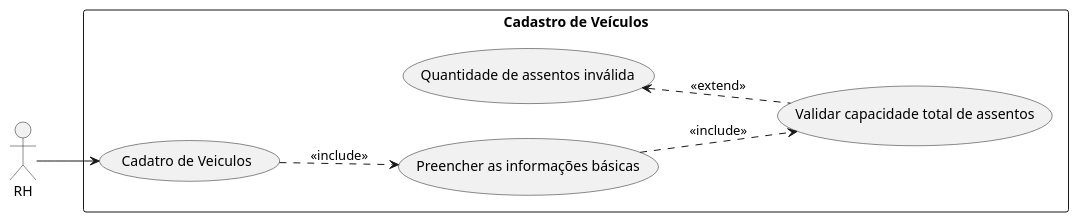
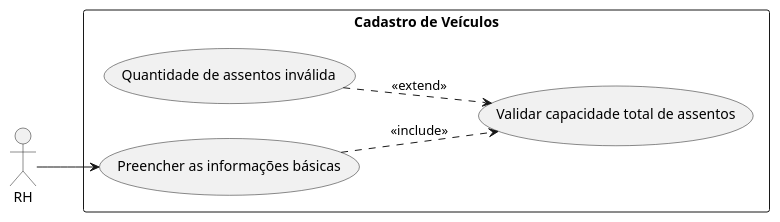
Before and after one commit to AnaBeatrizA-Silva/CaronaCorporativa_EngSof: the diagram in estudoDeCasos/cadastroVeiculo.puml, drawn with PlantUML. The commit also changed 7 other files, not shown here.

```diff
--- a/estudoDeCasos/cadastroVeiculo.puml
+++ b/estudoDeCasos/cadastroVeiculo.puml
@@ -1,20 +1,19 @@
 @startuml Cadastro de Veículos
 
 left to right direction
 
 actor RH
 
 rectangle "Cadastro de Veículos" {
-    usecase "Cadatro de Veiculos" as cadVei
     usecase "Preencher as informações básicas" as cadVei_Info
     usecase "Validar capacidade total de assentos" as cadVei_ValiAssnts
     usecase "Quantidade de assentos inválida" as cadVei_QntAssents
 }
 
-RH --> cadVei
-cadVei ..> cadVei_Info: <<include>>
+
+RH --> cadVei_Info
 cadVei_Info .down.> cadVei_ValiAssnts: <<include>>
-cadVei_ValiAssnts .up.> cadVei_QntAssents: <<extend>>
+cadVei_ValiAssnts <.up. cadVei_QntAssents: <<extend>>
 
 
 @enduml
```
